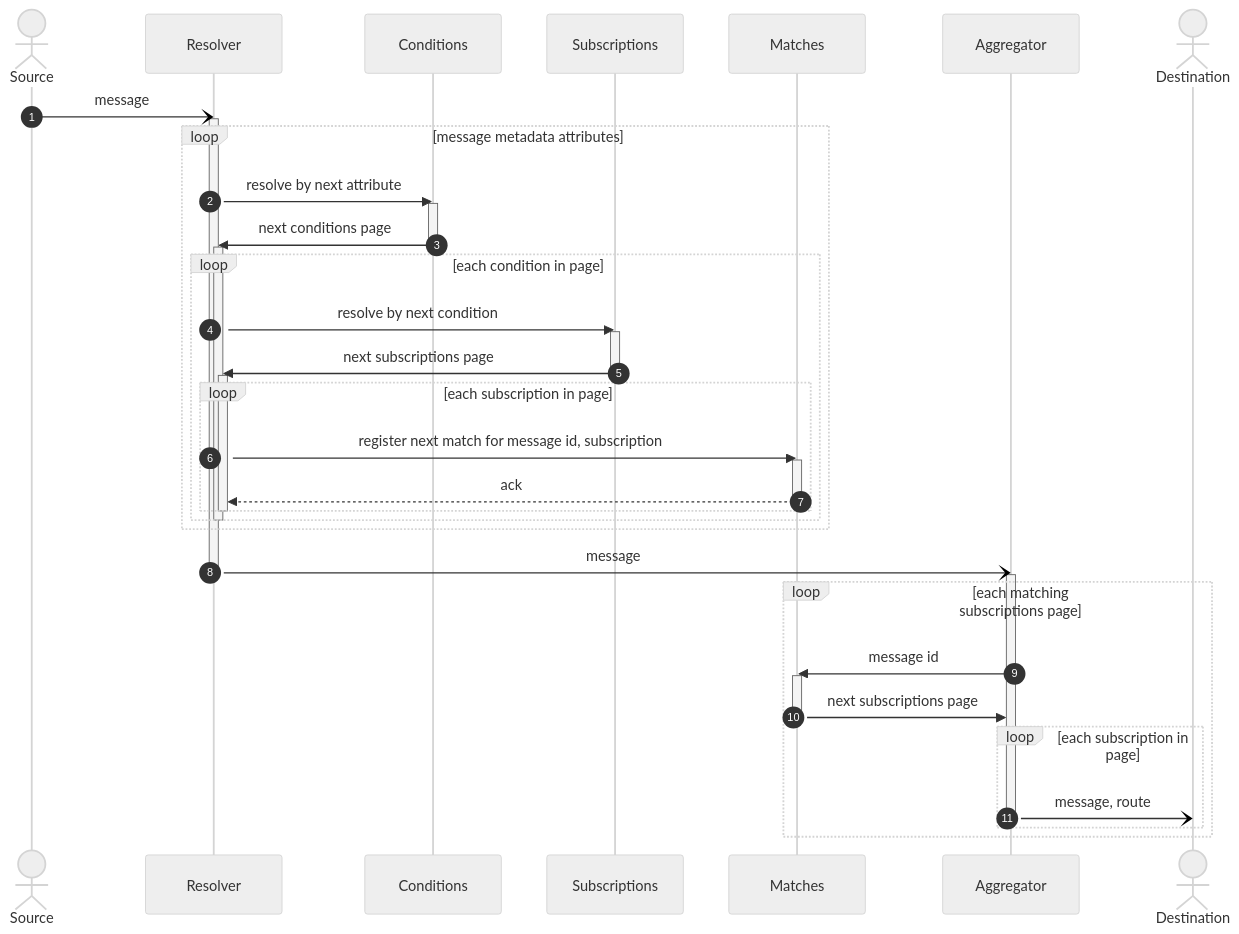
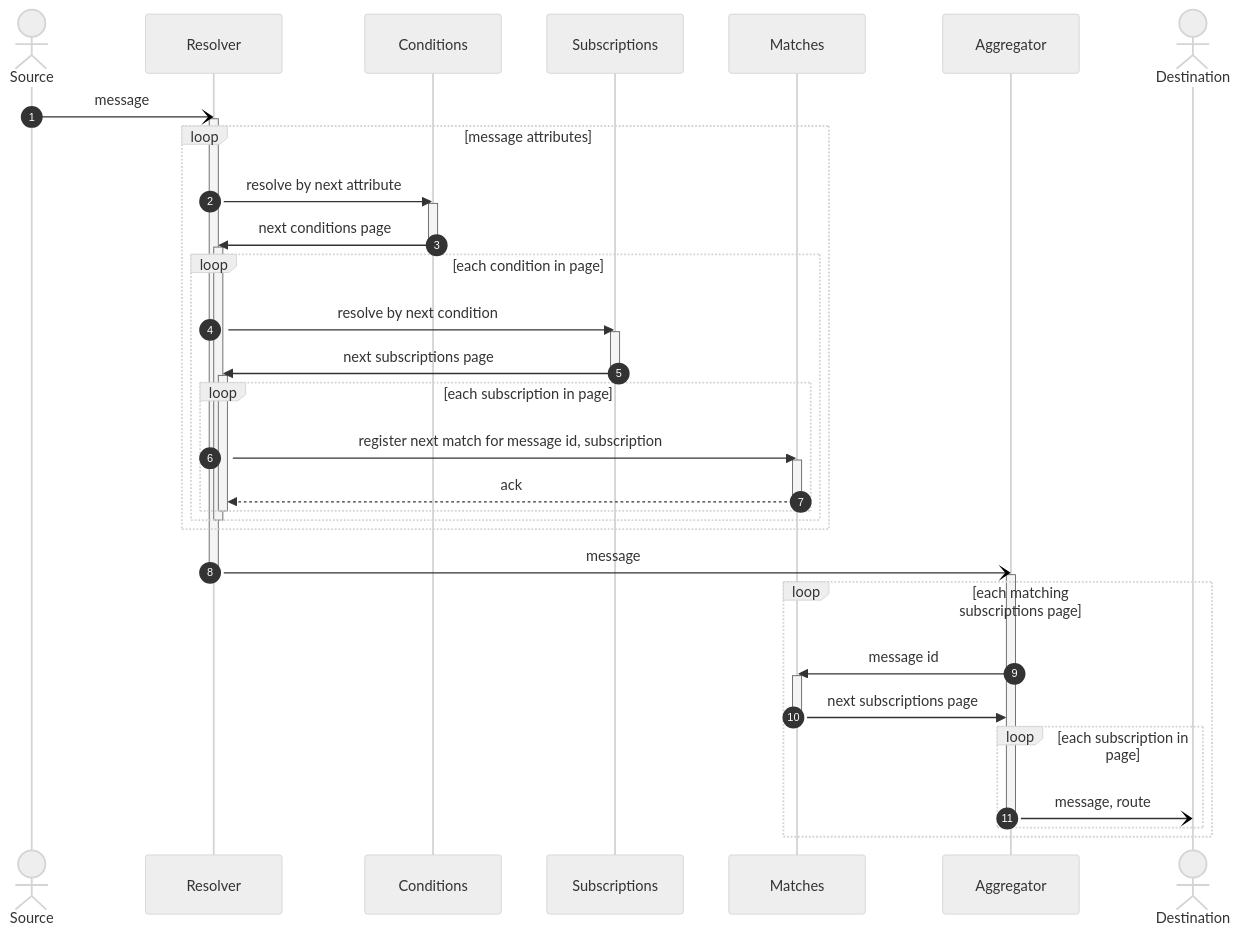
Before and after one commit to awakari/.github: the diagram in profile/README.md, drawn with Mermaid.

````diff
--- a/profile/README.md
+++ b/profile/README.md
@@ -78,63 +78,63 @@
 ```mermaid
 %%{init: {'theme': 'neutral' } }%%
 sequenceDiagram
 
     autonumber
 
     actor Source
     participant Resolver
     participant Conditions
     participant Subscriptions
     participant Matches
     participant Aggregator
     actor Destination
 
     Source-)Resolver: message
     activate Resolver
     
-    loop message metadata attributes
+    loop message attributes
     
         Resolver->>Conditions: resolve by next attribute 
         activate Conditions
         Conditions->>Resolver: next conditions page
         deactivate Conditions
         
         activate Resolver
         loop each condition in page
             
             Resolver->>Subscriptions: resolve by next condition
             activate Subscriptions
             Subscriptions->>Resolver: next subscriptions page
             deactivate Subscriptions
             
             activate Resolver
             loop each subscription in page
                 Resolver->>Matches: register next match for message id, subscription
                 activate Matches
                 Matches-->>Resolver: ack
                 deactivate Matches
             end
             deactivate Resolver
             
         end
         deactivate Resolver
     end
         
     Resolver-)Aggregator: message
     deactivate Resolver
 
     activate Aggregator
     loop each matching subscriptions page
         
         Aggregator->>Matches: message id
         activate Matches
         Matches->>Aggregator: next subscriptions page
         deactivate Matches
         
         loop each subscription in page
             Aggregator-)Destination: message, route
             deactivate Aggregator
         end
         
     end
 ```
````
